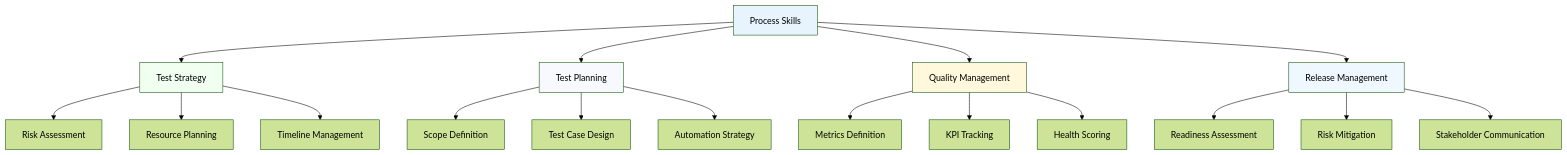
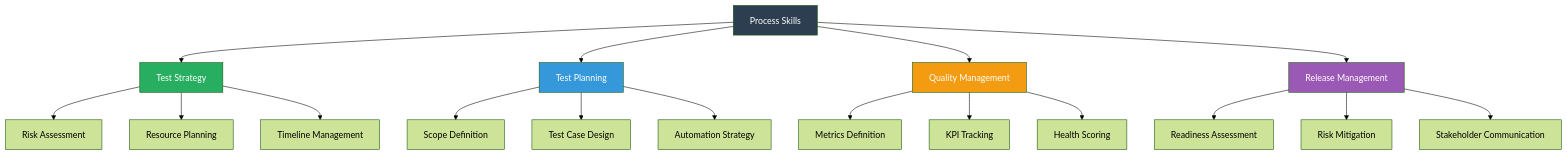
One commit to Tasmimdristy7/qa-lifecycle-suite changed the third of 12 diagrams in visuals/clean-project-overview.md. Above: the diagram before and after it, drawn with Mermaid (forest theme). The commit also changed other lines of this file and 3 other files, not shown here.

````diff
--- a/visuals/clean-project-overview.md
+++ b/visuals/clean-project-overview.md
@@ -92,29 +92,29 @@
 ```mermaid
 graph TD
     A[Process Skills] --> B[Test Strategy]
     A --> C[Test Planning]
     A --> D[Quality Management]
     A --> E[Release Management]
     
     B --> B1[Risk Assessment]
     B --> B2[Resource Planning]
     B --> B3[Timeline Management]
     
     C --> C1[Scope Definition]
     C --> C2[Test Case Design]
     C --> C3[Automation Strategy]
     
     D --> D1[Metrics Definition]
     D --> D2[KPI Tracking]
     D --> D3[Health Scoring]
     
     E --> E1[Readiness Assessment]
     E --> E2[Risk Mitigation]
     E --> E3[Stakeholder Communication]
     
-    style A fill:#e8f4fd
-    style B fill:#f0fff0
-    style C fill:#f8f8ff
-    style D fill:#fff8dc
-    style E fill:#f0f8ff
+    style A fill:#2c3e50,color:#ffffff
+    style B fill:#27ae60,color:#ffffff
+    style C fill:#3498db,color:#ffffff
+    style D fill:#f39c12,color:#ffffff
+    style E fill:#9b59b6,color:#ffffff
 ```
````
